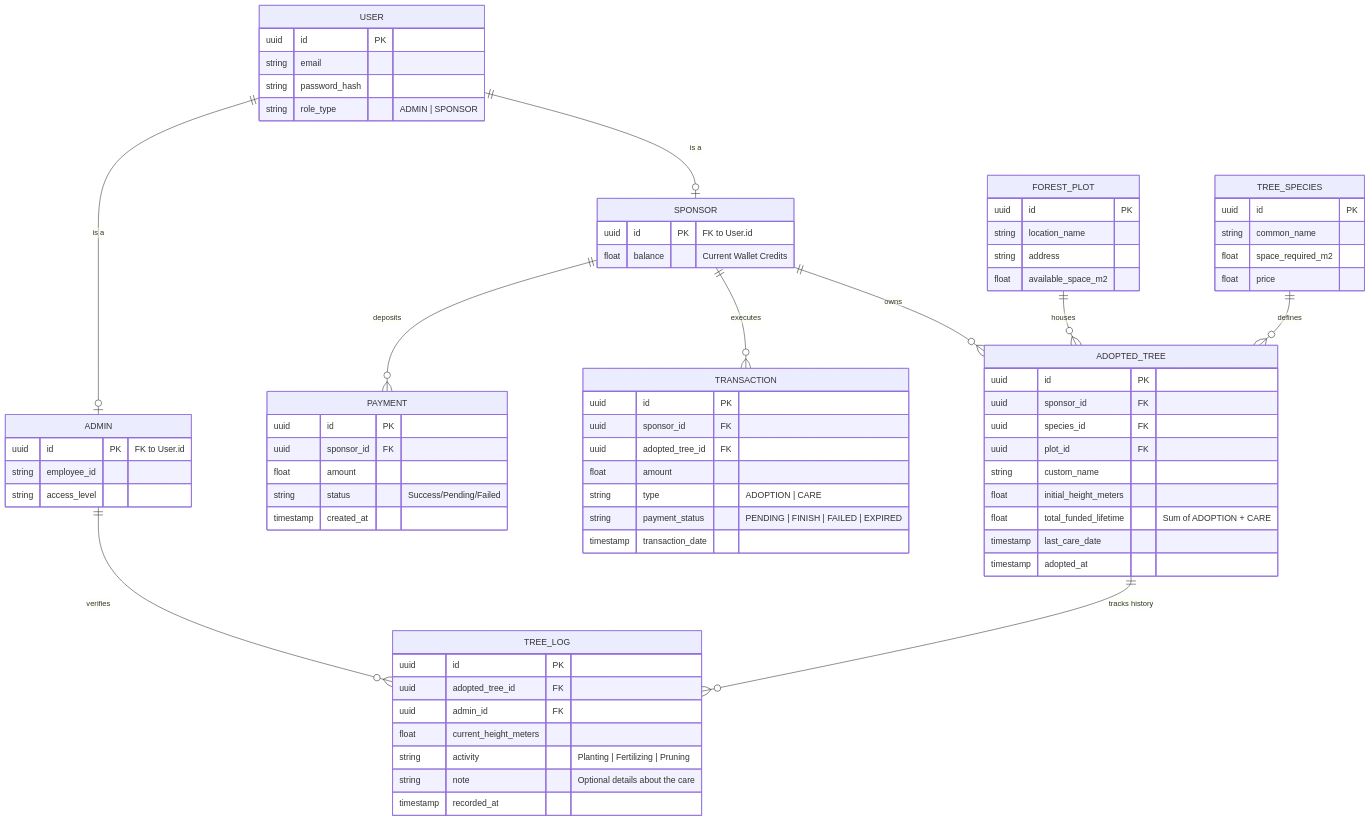
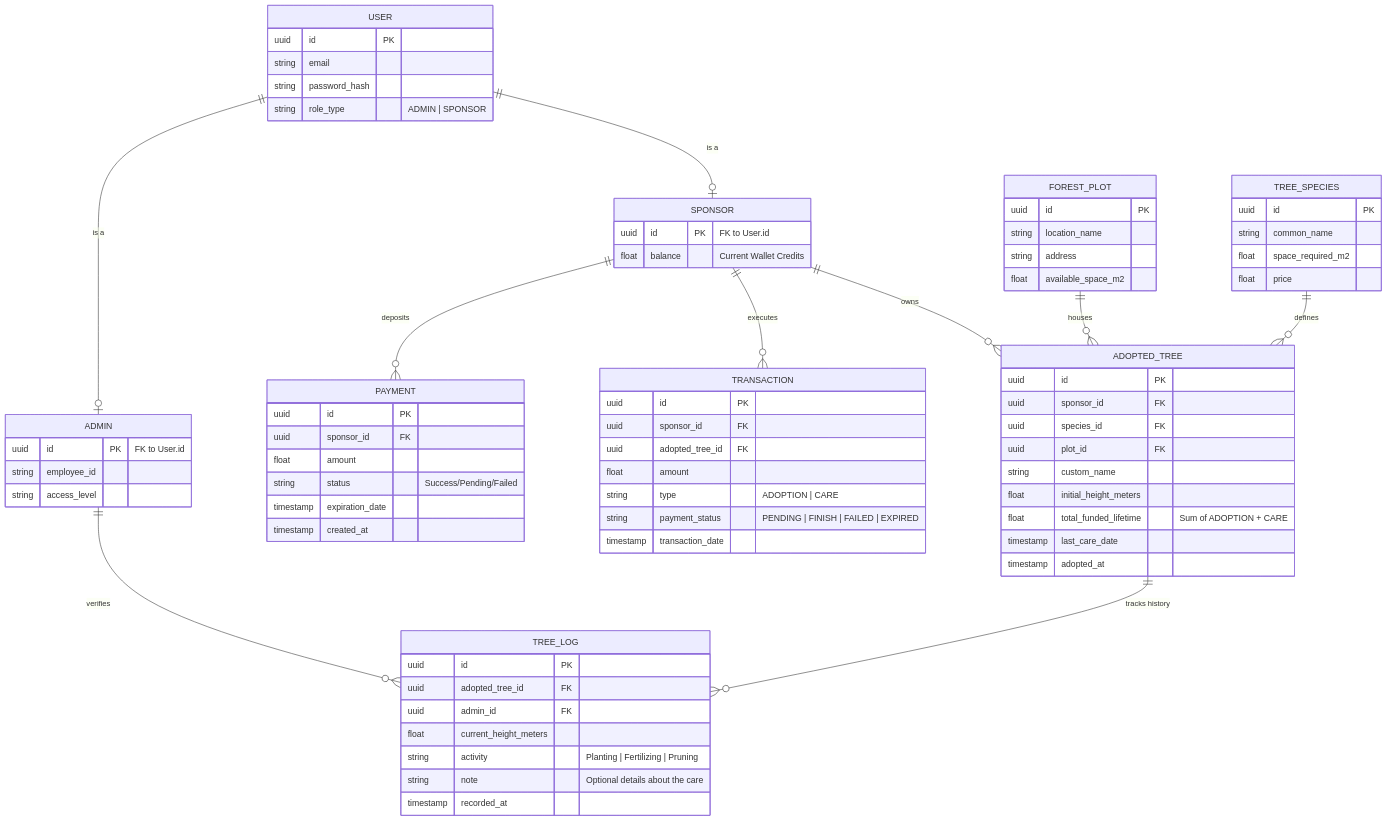
One commit to EffelShuban/ReForest changed the diagram in docs/erd.mmd. Above: the diagram before and after it, drawn with Mermaid. The commit also changed 3 other files, not shown here.

Commit message:
doc: adjust erd

```diff
--- a/docs/erd.mmd
+++ b/docs/erd.mmd
@@ -1,85 +1,86 @@
 erDiagram
     USER ||--o| ADMIN : "is a"
     USER ||--o| SPONSOR : "is a"
 
     SPONSOR ||--o{ PAYMENT : "deposits"
     SPONSOR ||--o{ TRANSACTION : "executes"
 
     SPONSOR ||--o{ ADOPTED_TREE : "owns"
     FOREST_PLOT ||--o{ ADOPTED_TREE : "houses"
     TREE_SPECIES ||--o{ ADOPTED_TREE : "defines"
 
     ADMIN ||--o{ TREE_LOG : "verifies"
     ADOPTED_TREE ||--o{ TREE_LOG : "tracks history"
 
     USER {
         uuid id PK
         string email
         string password_hash
         string role_type "ADMIN | SPONSOR"
     }
 
     ADMIN {
         uuid id PK "FK to User.id"
         string employee_id
         string access_level
     }
 
     SPONSOR {
         uuid id PK "FK to User.id"
         float balance "Current Wallet Credits"
     }
 
     PAYMENT {
         uuid id PK
         uuid sponsor_id FK
         float amount
         string status "Success/Pending/Failed"
+        timestamp expiration_date
         timestamp created_at
     }
 
     TRANSACTION {
         uuid id PK
         uuid sponsor_id FK
         uuid adopted_tree_id FK
         float amount
         string type "ADOPTION | CARE"
         string payment_status "PENDING | FINISH | FAILED | EXPIRED"
         timestamp transaction_date
     }
 
     FOREST_PLOT {
         uuid id PK
         string location_name
         string address
         float available_space_m2
     }
 
     TREE_SPECIES {
         uuid id PK
         string common_name
         float space_required_m2
         float price
     }
 
     ADOPTED_TREE {
         uuid id PK
         uuid sponsor_id FK
         uuid species_id FK
         uuid plot_id FK
         string custom_name
         float initial_height_meters
         float total_funded_lifetime "Sum of ADOPTION + CARE"
         timestamp last_care_date
         timestamp adopted_at
     }
 
     TREE_LOG {
         uuid id PK
         uuid adopted_tree_id FK
         uuid admin_id FK
         float current_height_meters
         string activity "Planting | Fertilizing | Pruning"
         string note "Optional details about the care"
         timestamp recorded_at
     }
```
